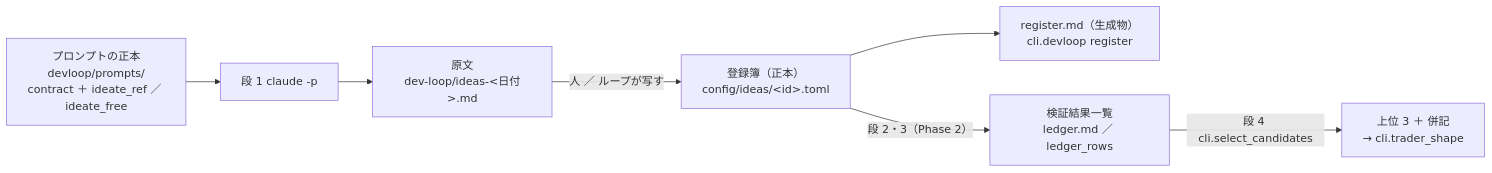
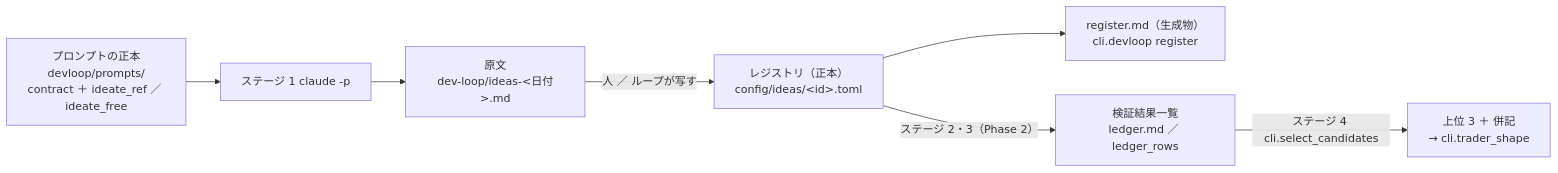
Before and after one commit to akiraak/ai-income-lab: the first of 3 diagrams in docs/specs/experiments/dev-loop.md, drawn with Mermaid. The commit also changed other lines of this file and 45 other files, not shown here.

````diff
--- a/docs/specs/experiments/dev-loop.md
+++ b/docs/specs/experiments/dev-loop.md
@@ -12,9 +12,9 @@
 ```mermaid
 flowchart LR
-  P["プロンプトの正本<br/>devloop/prompts/<br/>contract ＋ ideate_ref ／ ideate_free"] --> S1["段 1 claude -p"]
+  P["プロンプトの正本<br/>devloop/prompts/<br/>contract ＋ ideate_ref ／ ideate_free"] --> S1["ステージ 1 claude -p"]
   S1 --> RAW["原文<br/>dev-loop/ideas-&lt;日付&gt;.md"]
-  RAW -->|"人 ／ ループが写す"| I["登録簿（正本）<br/>config/ideas/&lt;id&gt;.toml"]
+  RAW -->|"人 ／ ループが写す"| I["レジストリ（正本）<br/>config/ideas/&lt;id&gt;.toml"]
   I --> REG["register.md（生成物）<br/>cli.devloop register"]
-  I -->|"段 2・3（Phase 2）"| L["検証結果一覧<br/>ledger.md ／ ledger_rows"]
-  L -->|"段 4 cli.select_candidates"| T["上位 3 ＋ 併記<br/>→ cli.trader_shape"]
+  I -->|"ステージ 2・3（Phase 2）"| L["検証結果一覧<br/>ledger.md ／ ledger_rows"]
+  L -->|"ステージ 4 cli.select_candidates"| T["上位 3 ＋ 併記<br/>→ cli.trader_shape"]
 ```
````
